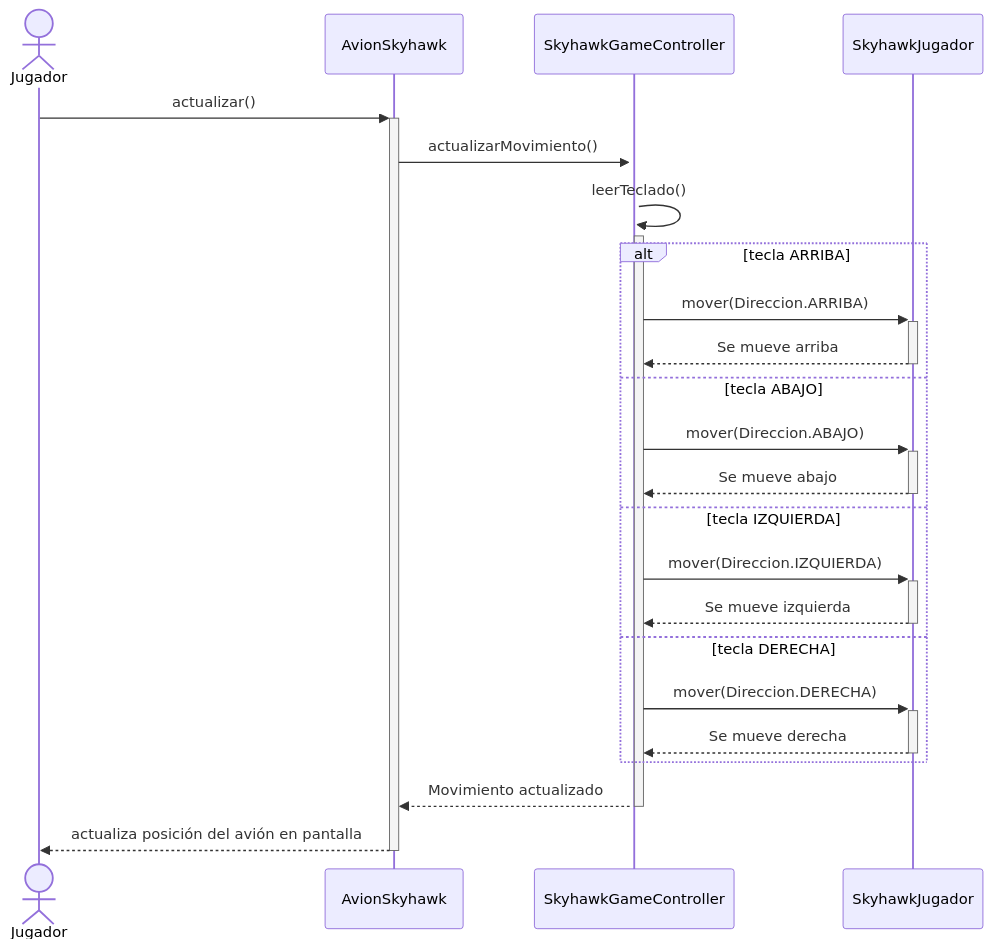
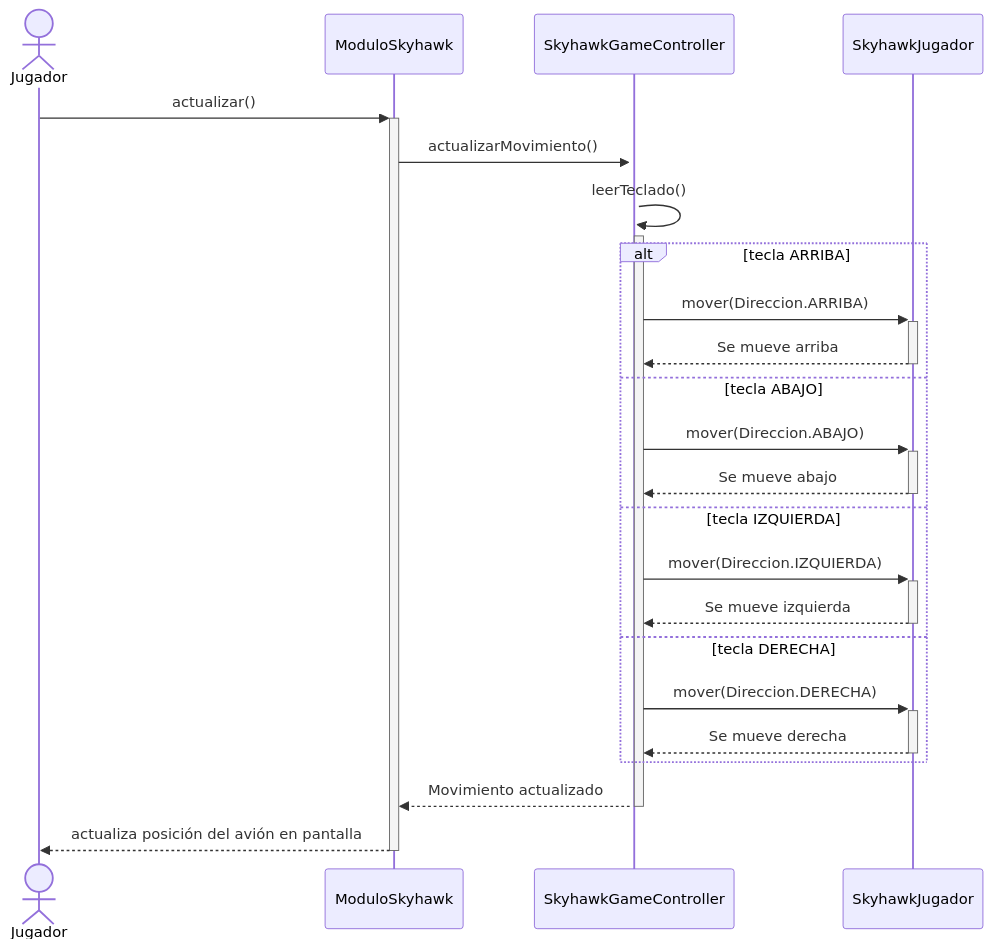
Before and after one commit to chiaraarego/Grupo-2---Skyhawk: the second of 6 diagrams in Diagramas/diagram_Secuencias_Actualizados.md, drawn with Mermaid. The commit also changed other lines of this file, not shown here.

````diff
--- a/Diagramas/diagram_Secuencias_Actualizados.md
+++ b/Diagramas/diagram_Secuencias_Actualizados.md
@@ -41,35 +41,35 @@
 ```mermaid
 sequenceDiagram
     actor Jugador
-    participant AvionSkyhawk
+    participant ModuloSkyhawk
     participant SkyhawkGameController
     participant SkyhawkJugador
 
-    Jugador ->> +AvionSkyhawk : actualizar()
+    Jugador ->> +ModuloSkyhawk : actualizar()
 
-    AvionSkyhawk ->> +SkyhawkGameController : actualizarMovimiento()
+    ModuloSkyhawk ->> +SkyhawkGameController : actualizarMovimiento()
 
     %% Abre la activación interna para leer el teclado
     SkyhawkGameController ->> +SkyhawkGameController : leerTeclado()
 
     alt tecla ARRIBA
         SkyhawkGameController ->> +SkyhawkJugador : mover(Direccion.ARRIBA)
         SkyhawkJugador -->> -SkyhawkGameController : Se mueve arriba
     else tecla ABAJO
         SkyhawkGameController ->> +SkyhawkJugador : mover(Direccion.ABAJO)
         SkyhawkJugador -->> -SkyhawkGameController : Se mueve abajo
     else tecla IZQUIERDA
         SkyhawkGameController ->> +SkyhawkJugador : mover(Direccion.IZQUIERDA)
         SkyhawkJugador -->> -SkyhawkGameController : Se mueve izquierda
     else tecla DERECHA
         SkyhawkGameController ->> +SkyhawkJugador : mover(Direccion.DERECHA)
         SkyhawkJugador -->> -SkyhawkGameController : Se mueve derecha
     end
 
     
     %% Retorna el flujo al objeto principal de la app
-    SkyhawkGameController -->> -AvionSkyhawk : Movimiento actualizado
+    SkyhawkGameController -->> -ModuloSkyhawk : Movimiento actualizado
 
     %% RESPUESTA FINAL AL JUGADOR:
-    AvionSkyhawk -->> -Jugador : actualiza posición del avión en pantalla
+    ModuloSkyhawk -->> -Jugador : actualiza posición del avión en pantalla
 ```
````
